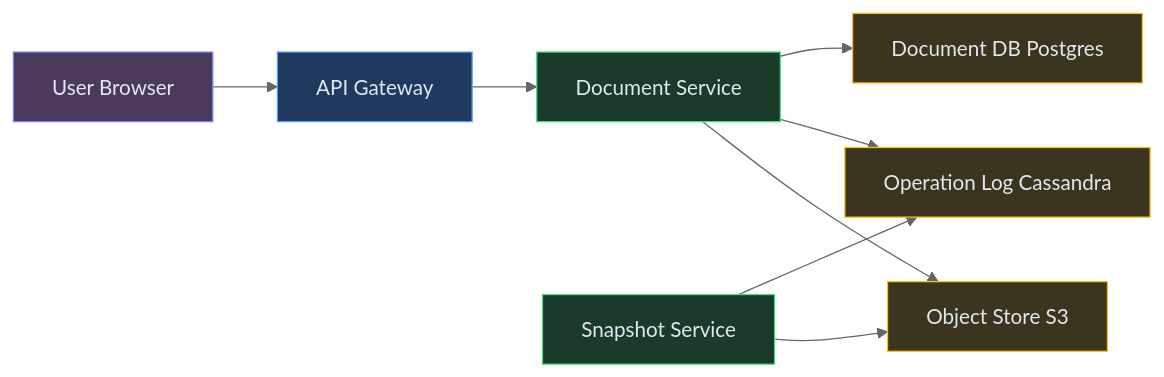
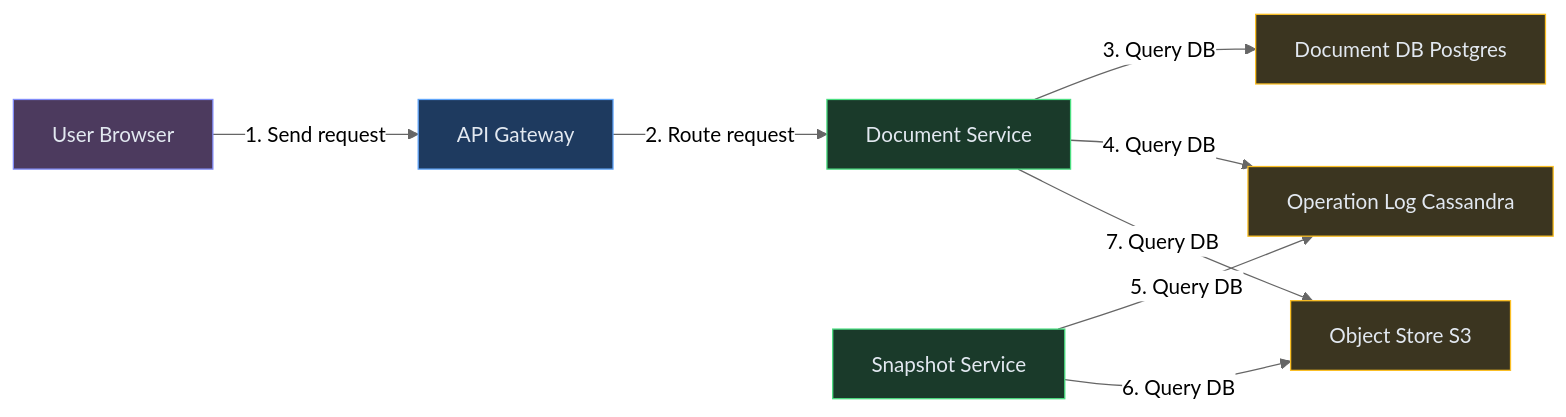
The third of 11 diagrams in content/hld/GoogleDocs.md (iluzn/HLD-Designs), drawn with Mermaid (neutral theme) before and after one commit. The commit also changed other lines of this file and 27 other files, not shown here.

````diff
--- a/content/hld/GoogleDocs.md
+++ b/content/hld/GoogleDocs.md
@@ -251,23 +251,23 @@
 ```mermaid
 flowchart LR
     User["User Browser"]:::client
     GW["API Gateway"]:::edge
     DS["Document Service"]:::service
     DB["Document DB Postgres"]:::data
     OL["Operation Log Cassandra"]:::data
     SS["Snapshot Service"]:::service
     S3["Object Store S3"]:::data
 
-    User --> GW
-    GW --> DS
-    DS --> DB
-    DS --> OL
-    SS --> OL
-    SS --> S3
-    DS --> S3
+    User -->|"1. Send request"| GW
+    GW -->|"2. Route request"| DS
+    DS -->|"3. Query DB"| DB
+    DS -->|"4. Query DB"| OL
+    SS -->|"5. Query DB"| OL
+    SS -->|"6. Query DB"| S3
+    DS -->|"7. Query DB"| S3
 
     classDef client fill:#4c3a5e,stroke:#818cf8,color:#e2e8f0
     classDef edge fill:#1e3a5f,stroke:#60a5fa,color:#e2e8f0
     classDef service fill:#1a3a2a,stroke:#4ade80,color:#e2e8f0
     classDef data fill:#3b3520,stroke:#fbbf24,color:#e2e8f0
 ```
````
